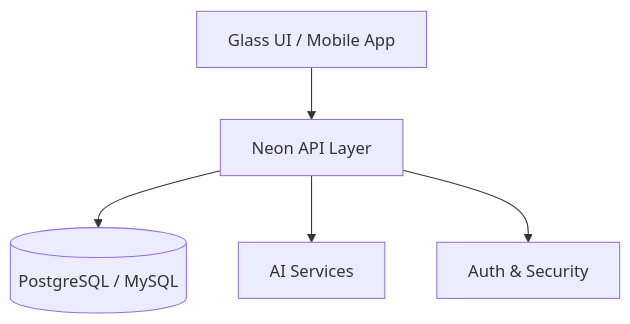
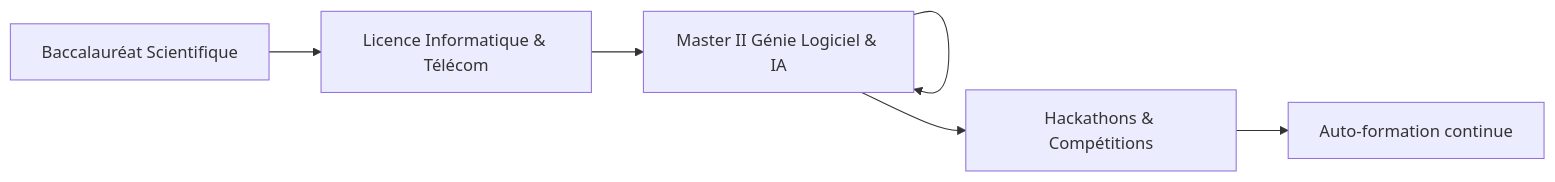
Before and after one commit to Niaina42/Niaina42: the diagram in README.md, drawn with Mermaid. The commit also changed other lines of this file, not shown here.

````diff
--- a/README.md
+++ b/README.md
@@ -59,7 +71,7 @@
 ```mermaid
-flowchart TD
-    UI[Glass UI / Mobile App] --> API[Neon API Layer]
-    API --> DB[(PostgreSQL / MySQL)]
-    API --> AI[AI Services]
-    API --> Auth[Auth & Security]
+flowchart LR
+    BAC[Baccalauréat Scientifique] --> LIC[Licence Informatique & Télécom]
+    LIC --> MASTER[Master I Génie Logiciel & IA] --> MASTER[Master II Génie Logiciel & IA]
+    MASTER --> HACK[Hackathons & Compétitions]
+    HACK --> AUTO[Auto-formation continue]
 ```
````
